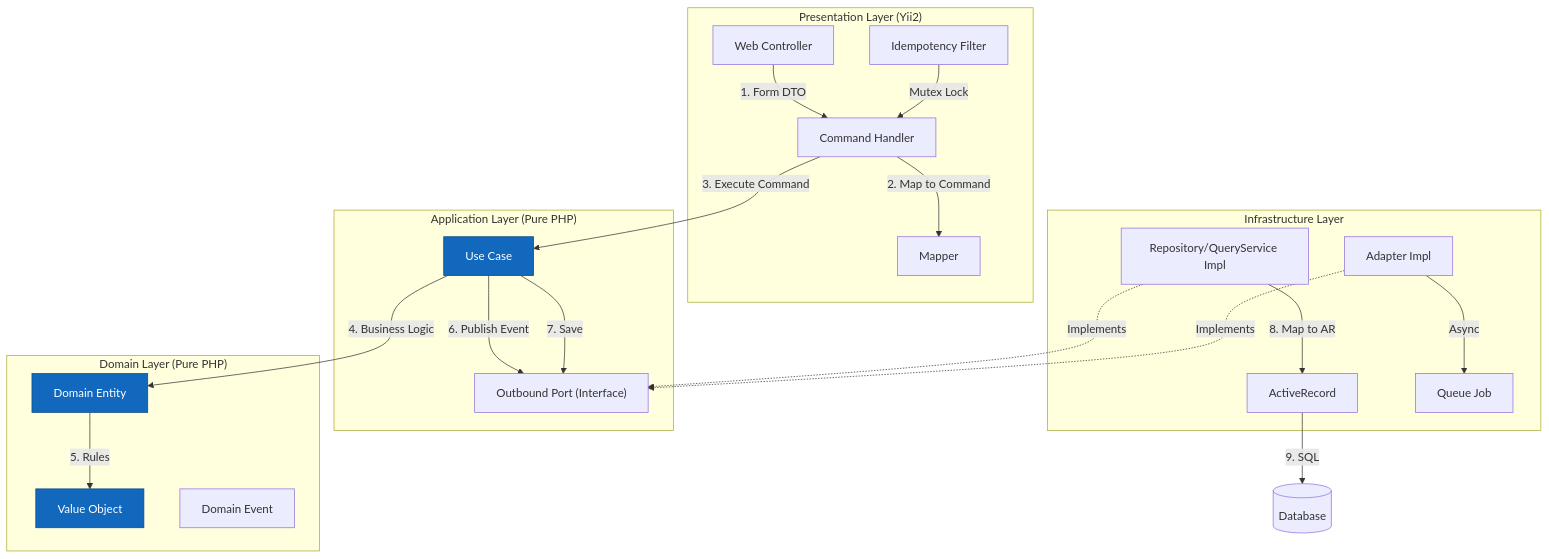
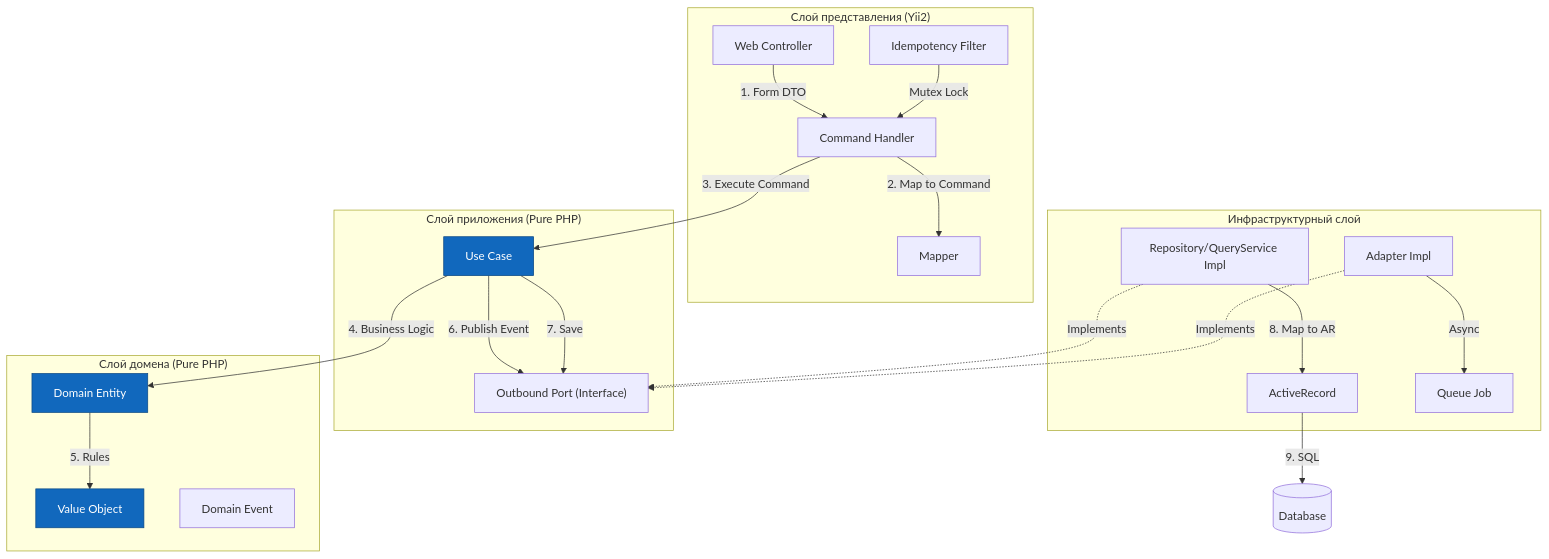
The third of 3 diagrams in docs/ARCHITECTURE.md (WarLikeLaux/yii2-book-catalog), drawn with Mermaid before and after one commit. The commit also changed other lines of this file and 3 other files, not shown here.

Commit message:
#32 - updated architecture documentation and added implementation comparison

````diff
--- a/docs/ARCHITECTURE.md
+++ b/docs/ARCHITECTURE.md
@@ -101,54 +119,54 @@
 ```mermaid
 graph TD
-    subgraph Presentation ["Presentation Layer (Yii2)"]
+    subgraph Presentation ["Слой представления (Yii2)"]
         Controller[Web Controller]
         Handler[Command Handler]
         Mapper[Mapper]
         Filter[Idempotency Filter]
     end
 
-    subgraph Application ["Application Layer (Pure PHP)"]
+    subgraph Application ["Слой приложения (Pure PHP)"]
         UseCase[Use Case]
         Port["Outbound Port (Interface)"]
     end
 
-    subgraph Domain ["Domain Layer (Pure PHP)"]
+    subgraph Domain ["Слой домена (Pure PHP)"]
         Entity[Domain Entity]
         VO[Value Object]
         Event[Domain Event]
     end
 
-    subgraph Infrastructure ["Infrastructure Layer"]
+    subgraph Infrastructure ["Инфраструктурный слой"]
         RepoImpl[Repository/QueryService Impl]
         Adapter[Adapter Impl]
         AR[ActiveRecord]
         Job[Queue Job]
     end
 
     DB[(Database)]
 
     %% Request Flow
     Controller -- "1. Form DTO" --> Handler
     Handler -- "2. Map to Command" --> Mapper
     Handler -- "3. Execute Command" --> UseCase
     Filter -- "Mutex Lock" --> Handler
-    
+
     %% Logic Flow
     UseCase -- "4. Business Logic" --> Entity
     Entity -- "5. Rules" --> VO
     UseCase -- "6. Publish Event" --> Port
     UseCase -- "7. Save" --> Port
-    
+
     %% Infra Implementation
     RepoImpl -.->|"Implements"| Port
     Adapter -.->|"Implements"| Port
-    
+
     RepoImpl -- "8. Map to AR" --> AR
     AR -- "9. SQL" --> DB
-    
+
     Adapter -- "Async" --> Job
-    
+
     style UseCase fill:#1168bd,stroke:#0b4884,color:#ffffff
     style Entity fill:#1168bd,stroke:#0b4884,color:#ffffff
     style VO fill:#1168bd,stroke:#0b4884,color:#ffffff
 ```
````
